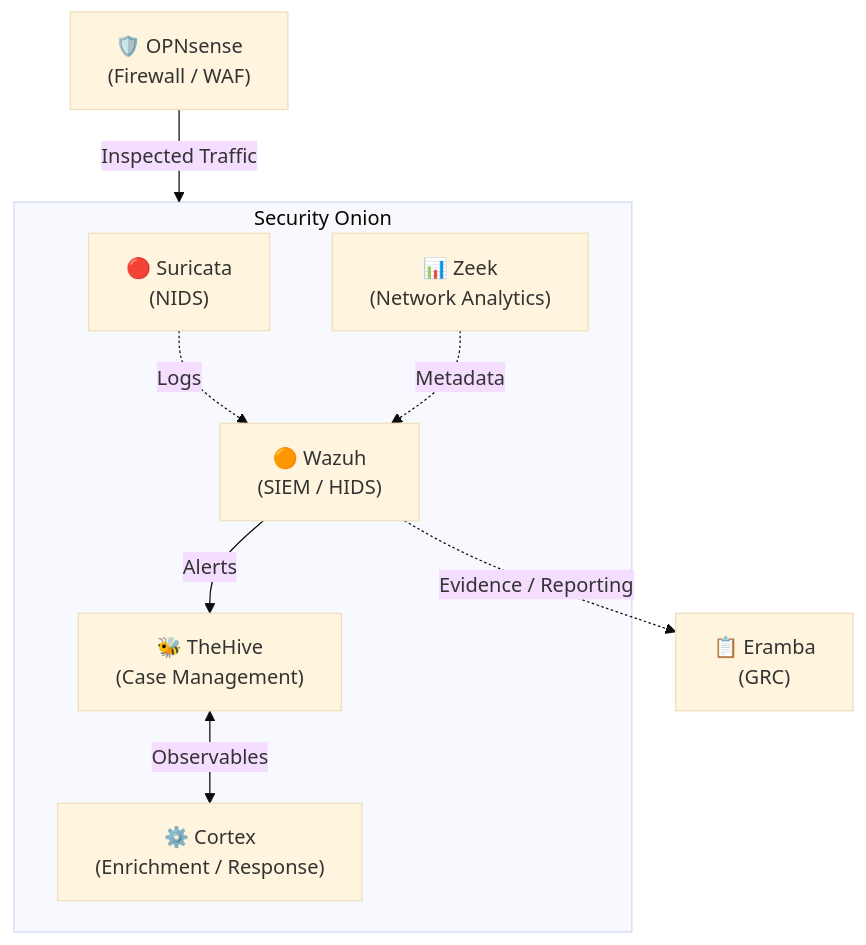
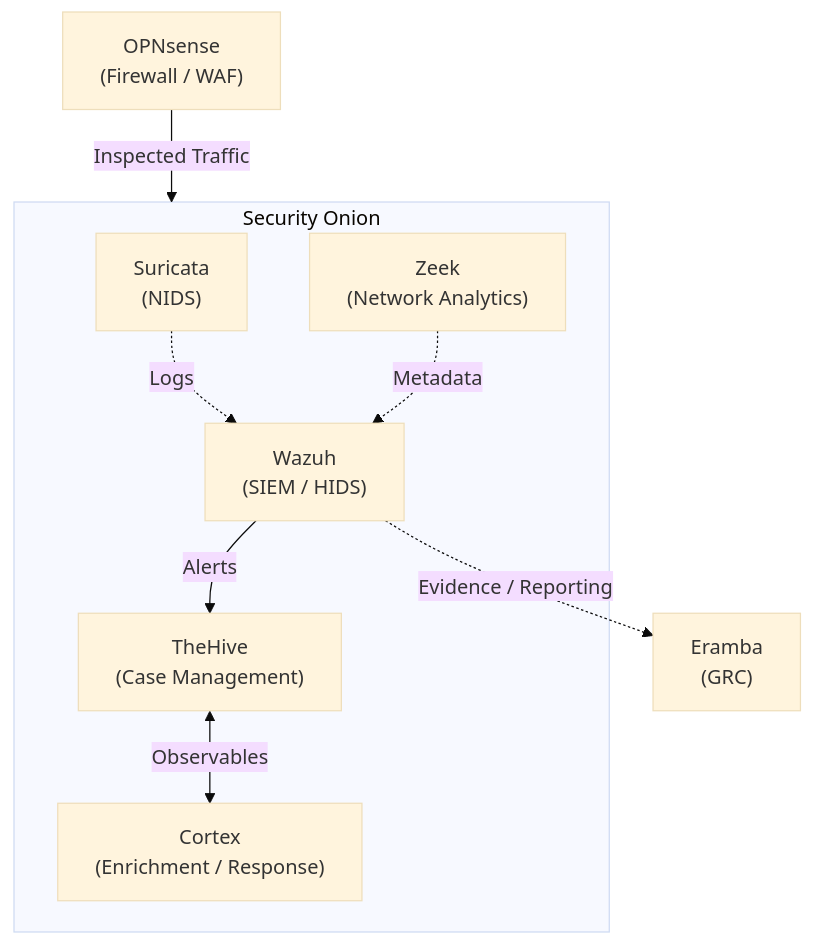
Before and after one commit to sreilly1977/dlh-cyber_security: the diagram in notes/Open-Source_Security_Stack.md, drawn with Mermaid (base theme).

````diff
--- a/notes/Open-Source_Security_Stack.md
+++ b/notes/Open-Source_Security_Stack.md
@@ -59,23 +59,23 @@
 ```mermaid
 flowchart TB
-    OPN["🛡️ OPNsense<br>(Firewall / WAF)"]
+    OPN["OPNsense<br>(Firewall / WAF)"]
 
     subgraph SO["Security Onion"]
-        SUR["🔴 Suricata<br>(NIDS)"]
-        ZEEK["📊 Zeek<br>(Network Analytics)"]
-        WAZ["🟠 Wazuh<br>(SIEM / HIDS)"]
-        HIVE["🐝 TheHive<br>(Case Management)"]
-        CORTEX["⚙️ Cortex<br>(Enrichment / Response)"]
+        SUR["Suricata<br>(NIDS)"]
+        ZEEK["Zeek<br>(Network Analytics)"]
+        WAZ["Wazuh<br>(SIEM / HIDS)"]
+        HIVE["TheHive<br>(Case Management)"]
+        CORTEX["Cortex<br>(Enrichment / Response)"]
     end
 
-    ERA["📋 Eramba<br>(GRC)"]
+    ERA["Eramba<br>(GRC)"]
 
     OPN -->|"Inspected Traffic"| SO
 
     SUR -.->|"Logs"| WAZ
     ZEEK -.->|"Metadata"| WAZ
     WAZ -->|"Alerts"| HIVE
     HIVE <-->|"Observables"| CORTEX
 
     WAZ -.->|"Evidence / Reporting"| ERA
 ```
````
